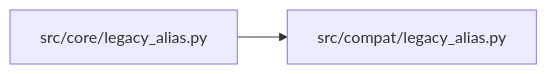
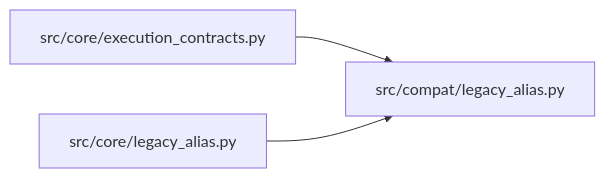
One commit to Denissvgn/autoresearch-agent changed the diagram in docs/llm_wiki/modules/compat_legacy_alias.md. Above: the diagram before and after it, drawn with Mermaid. The commit also changed other lines of this file and 66 other files, not shown here.

First line of the commit message:
docs(wiki): sync module and entity pages for the versioned execution contracts

````diff
--- a/docs/llm_wiki/modules/compat_legacy_alias.md
+++ b/docs/llm_wiki/modules/compat_legacy_alias.md
@@ -36,8 +36,11 @@
 ```mermaid
 flowchart LR
     n0["src/compat/legacy_alias.py"]
-    n1["src/core/legacy_alias.py"]
+    n1["src/core/execution_contracts.py"]
+    n2["src/core/legacy_alias.py"]
     n1 --> n0
+    n2 --> n0
     click n0 "../modules/compat_legacy_alias.md"
-    click n1 "../modules/core_legacy_alias.md"
+    click n1 "../modules/execution_contracts.md"
+    click n2 "../modules/core_legacy_alias.md"
 ```
````
